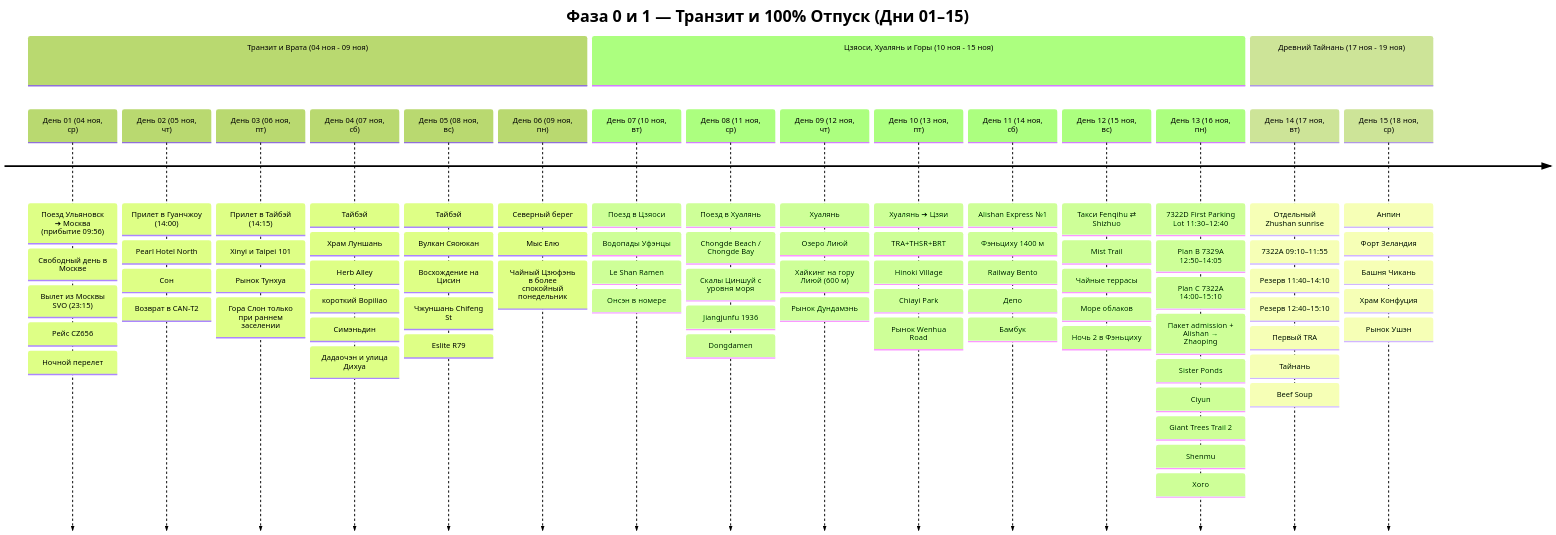
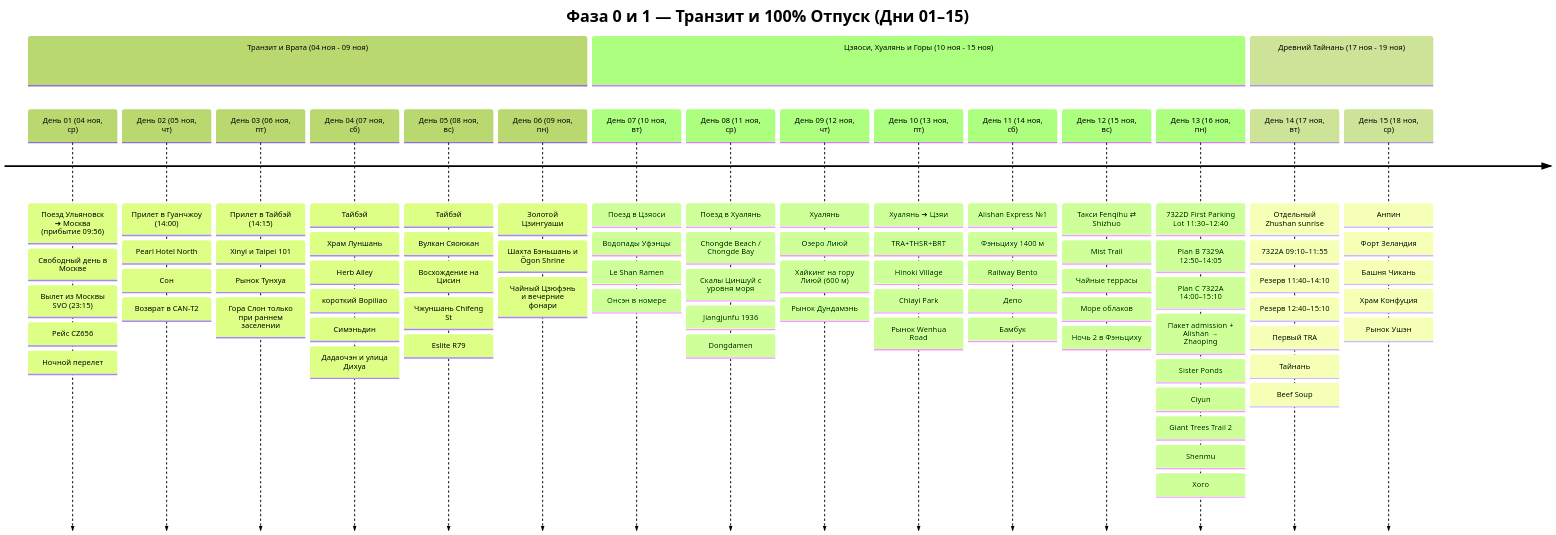
Before and after one commit to injurka/obsidian-mark: the first of 2 diagrams in Personal Note/Travel/05 Taiwan/Taiwan.md, drawn with Mermaid (forest theme). The commit also changed 21 other files, not shown here.

````diff
--- a/Personal Note/Travel/05 Taiwan/Taiwan.md
+++ b/Personal Note/Travel/05 Taiwan/Taiwan.md
@@ -64,22 +64,22 @@
 ```mermaid
 timeline
     title Фаза 0 и 1 — Транзит и 100% Отпуск (Дни 01–15)
     section Транзит и Врата (04 ноя - 09 ноя)
         День 01 (04 ноя, ср) : Поезд Ульяновск ➔ Москва (прибытие 09:56) : Свободный день в Москве : Вылет из Москвы SVO (23:15) : Рейс CZ656 : Ночной перелет
         День 02 (05 ноя, чт) : Прилет в Гуанчжоу (14:00) : Pearl Hotel North : Сон : Возврат в CAN-T2
         День 03 (06 ноя, пт) : Прилет в Тайбэй (14:15) : Xinyi и Taipei 101 : Рынок Тунхуа : Гора Слон только при раннем заселении
         День 04 (07 ноя, сб) : Тайбэй : Храм Луншань : Herb Alley : короткий Bopiliao : Симэньдин : Дадаочэн и улица Дихуа
         День 05 (08 ноя, вс) : Тайбэй : Вулкан Сяоюкан : Восхождение на Цисин : Чжуншань Chifeng St : Eslite R79
-        День 06 (09 ноя, пн) : Северный берег : Мыс Елю : Чайный Цзюфэнь в более спокойный понедельник
+        День 06 (09 ноя, пн) : Золотой Цзингуаши : Шахта Бэньшань и Ōgon Shrine : Чайный Цзюфэнь и вечерние фонари
     section Цзяоси, Хуалянь и Горы (10 ноя - 15 ноя)
         День 07 (10 ноя, вт) : Поезд в Цзяоси : Водопады Уфэнцы : Le Shan Ramen : Онсэн в номере
         День 08 (11 ноя, ср) : Поезд в Хуалянь : Chongde Beach / Chongde Bay : Скалы Циншуй с уровня моря : Jiangjunfu 1936 : Dongdamen
         День 09 (12 ноя, чт) : Хуалянь : Озеро Лиюй : Хайкинг на гору Лиюй (600 м) : Рынок Дундамэнь
         День 10 (13 ноя, пт) : Хуалянь ➔ Цзяи : TRA+THSR+BRT : Hinoki Village : Chiayi Park : Рынок Wenhua Road
         День 11 (14 ноя, сб) : Alishan Express №1 : Фэньциху 1400 м : Railway Bento : Депо : Бамбук
         День 12 (15 ноя, вс) : Такси Fenqihu ⇄ Shizhuo : Mist Trail : Чайные террасы : Море облаков : Ночь 2 в Фэньциху
         День 13 (16 ноя, пн) : 7322D First Parking Lot 11:30–12:40 : Plan B 7329A 12:50–14:05 : Plan C 7322A 14:00–15:10 : Пакет admission + Alishan → Zhaoping : Sister Ponds : Ciyun : Giant Trees Trail 2 : Shenmu : Хого
     section Древний Тайнань (17 ноя - 19 ноя)
         День 14 (17 ноя, вт) : Отдельный Zhushan sunrise : 7322A 09:10–11:55 : Резерв 11:40–14:10 : Резерв 12:40–15:10 : Первый TRA : Тайнань : Beef Soup
         День 15 (18 ноя, ср) : Анпин : Форт Зеландия : Башня Чикань : Храм Конфуция : Рынок Ушэн
 ```
````
